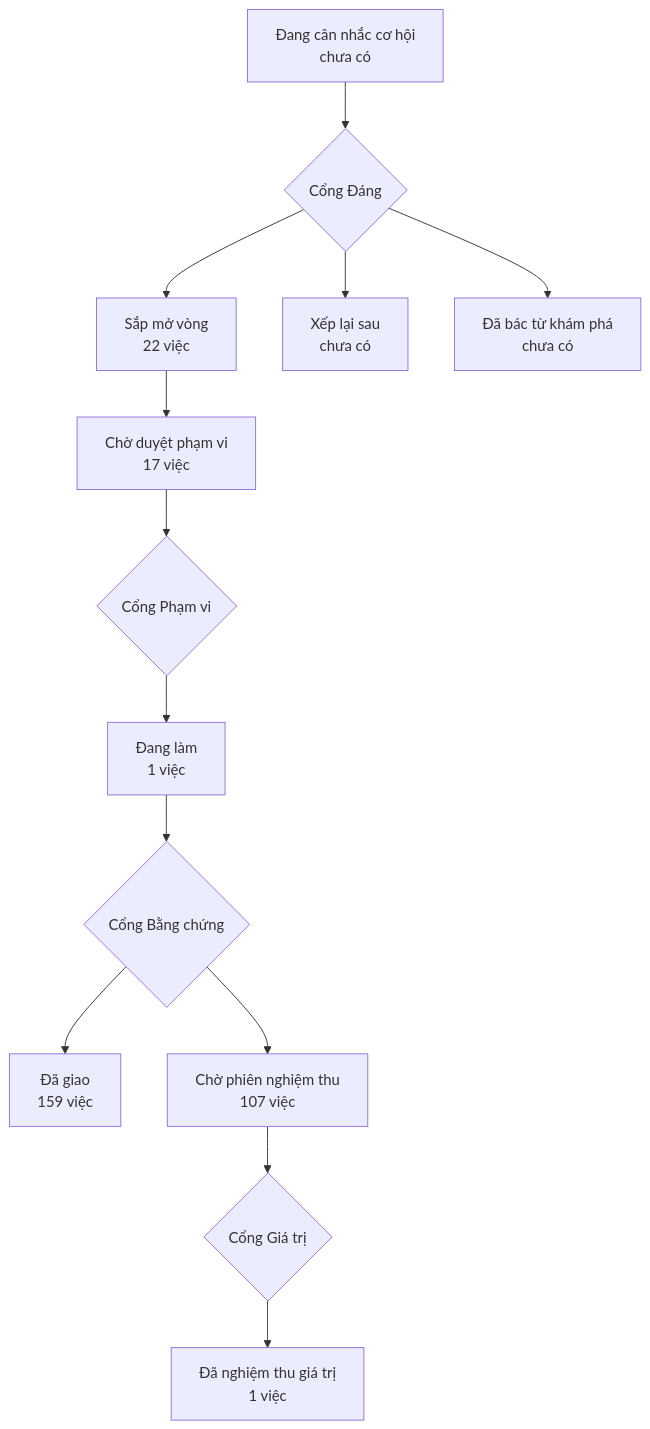
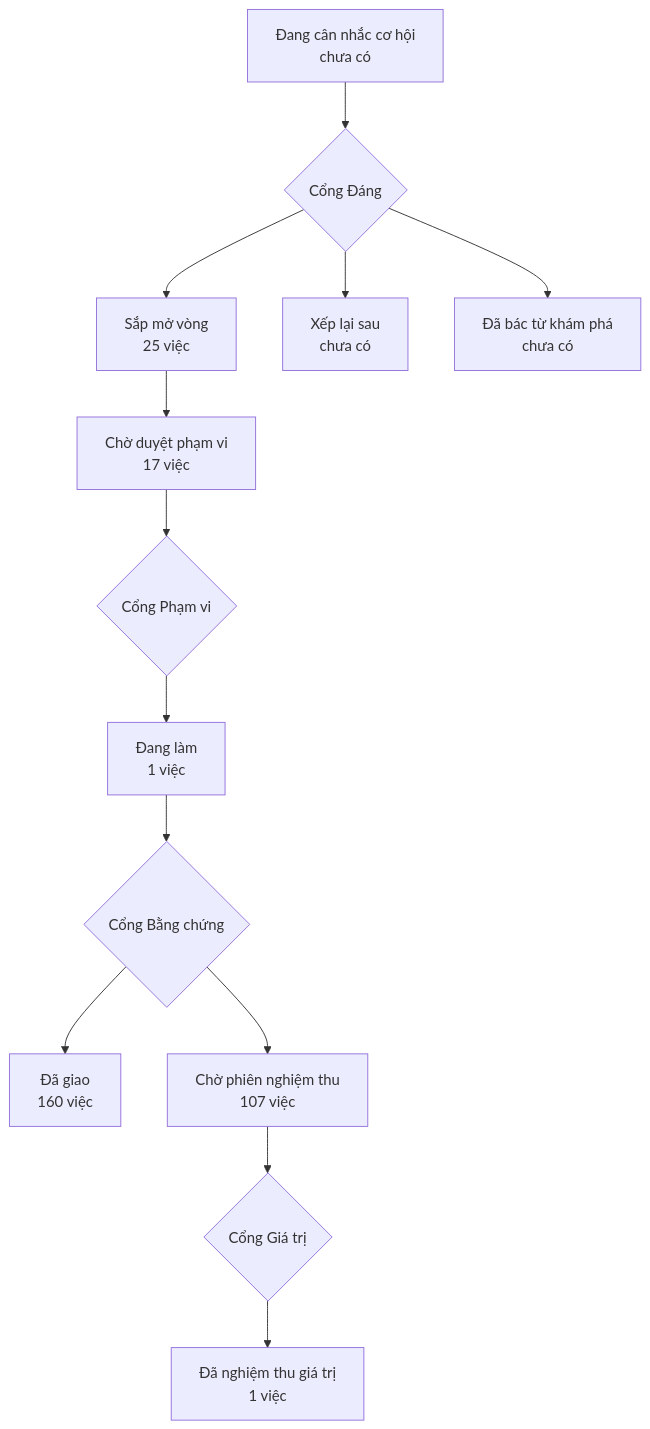
One commit to phanlemanh/onehub-invest changed the diagram in PRODUCT-MAP.md. Above: the diagram before and after it, drawn with Mermaid. The commit also changed other lines of this file and 2 other files, not shown here.

Commit message:
docs(acceptance): thuoc-song-song-dem-theo-ten-ca — S3 xong, hợp đồng implemented

````diff
--- a/PRODUCT-MAP.md
+++ b/PRODUCT-MAP.md
@@ -7,12 +7,12 @@
 ```mermaid
 flowchart TD
   A["Đang cân nhắc cơ hội<br/>chưa có"] --> GD{"Cổng Đáng"}
-  GD --> B["Sắp mở vòng<br/>22 việc"]
+  GD --> B["Sắp mở vòng<br/>25 việc"]
   GD --> XL["Xếp lại sau<br/>chưa có"]
   GD --> DB["Đã bác từ khám phá<br/>chưa có"]
   B --> CD["Chờ duyệt phạm vi<br/>17 việc"] --> GP{"Cổng Phạm vi"}
   GP --> DL["Đang làm<br/>1 việc"] --> GB{"Cổng Bằng chứng"}
-  GB --> DG["Đã giao<br/>159 việc"]
+  GB --> DG["Đã giao<br/>160 việc"]
   GB --> CN["Chờ phiên nghiệm thu<br/>107 việc"] --> GG{"Cổng Giá trị"}
   GG --> NT["Đã nghiệm thu giá trị<br/>1 việc"]
 ```
````
